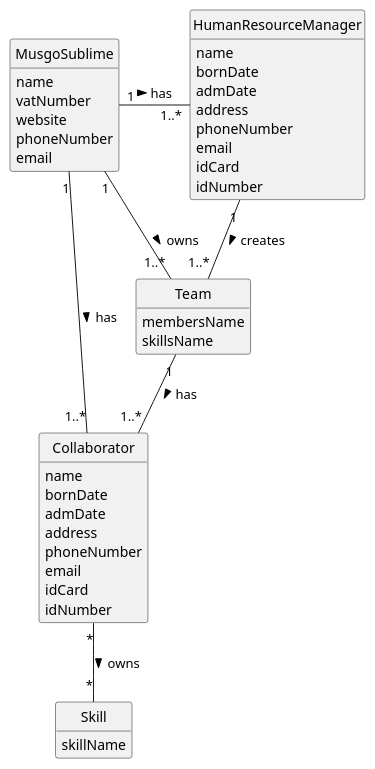
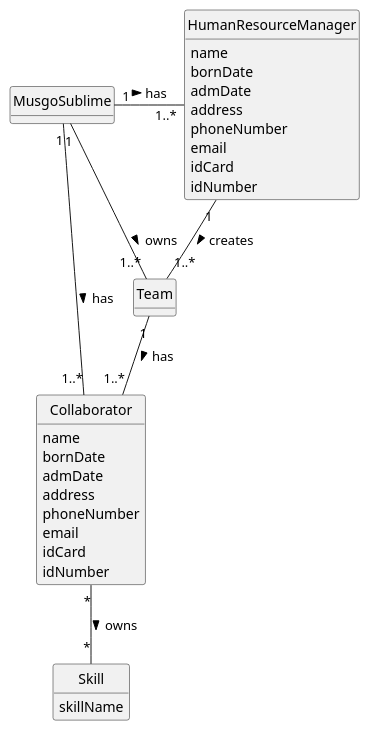
The diagram in docs/sprintA/us005/02.analysis/puml/us005-domain-model.puml (1231360-ISEP/lei-24-s2-1db-g021), drawn with PlantUML before and after one commit. The commit also changed 3 other files, not shown here.

```diff
--- a/docs/sprintA/us005/02.analysis/puml/us005-domain-model.puml
+++ b/docs/sprintA/us005/02.analysis/puml/us005-domain-model.puml
@@ -1,56 +1,49 @@
 @startuml
 skinparam monochrome true
 skinparam packageStyle rectangle
 skinparam shadowing false
 
 skinparam classAttributeIconSize 0
 
 hide circle
 hide methods
 
 class MusgoSublime {
-    name
-    vatNumber
-    website
-    phoneNumber
-    email
 }
 
 class HumanResourceManager {
     name
     bornDate
     admDate
     address
     phoneNumber
     email
     idCard
     idNumber
 }
 
 class Skill {
     skillName
 }
 
 class Collaborator {
     name
     bornDate
     admDate
     address
     phoneNumber
     email
     idCard
     idNumber
 }
 
 class Team {
-    membersName
-    skillsName
 }
 
 MusgoSublime "1" - "1..*" Collaborator: has >
 MusgoSublime "1" - "1..*" HumanResourceManager : has >
 Collaborator "*" -- "*" Skill : owns >
 MusgoSublime "1" - "1..*" Team: owns >
 Team "1" -- "1..*" Collaborator : has >
 HumanResourceManager "1" -- "1..*" Team : creates >
 @enduml
```
